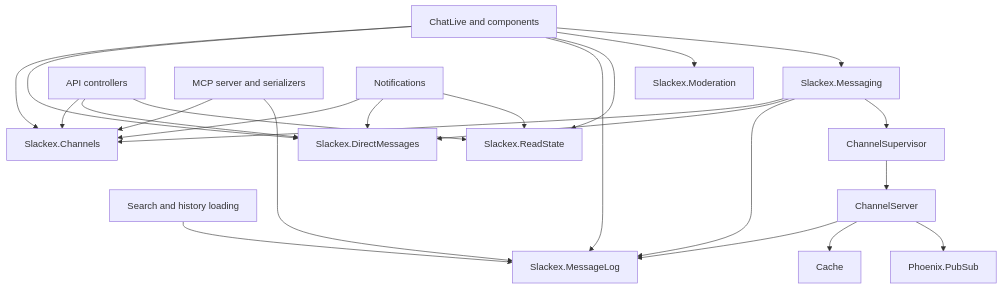
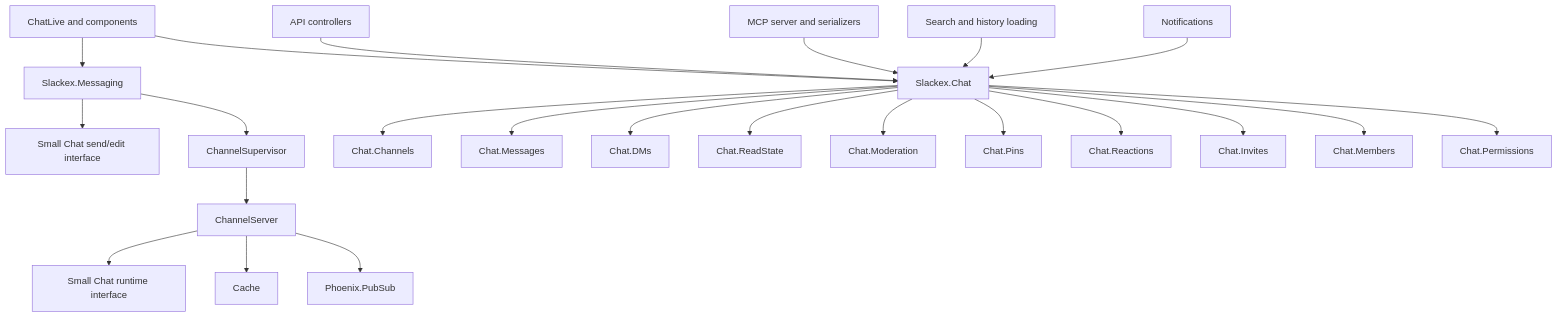
The second of 4 diagrams in docs/architecture/chat-domain-as-is-to-be.md (d-j-will/slackex), drawn with Mermaid before and after one commit. The commit also changed other lines of this file and 1 other file, not shown here.

First line of the commit message:
docs(architecture): chat to-be — deepen Slackex.Chat facade, not split it

````diff
--- a/docs/architecture/chat-domain-as-is-to-be.md
+++ b/docs/architecture/chat-domain-as-is-to-be.md
@@ -165,31 +169,29 @@
 ```mermaid
 flowchart TD
-  LV[ChatLive and components] --> Channels[Slackex.Channels]
-  LV --> DirectMessages[Slackex.DirectMessages]
-  LV --> MessageLog[Slackex.MessageLog]
-  LV --> ReadState[Slackex.ReadState]
-  LV --> Moderation[Slackex.Moderation]
+  LV[ChatLive and components] --> Chat[Slackex.Chat]
   LV --> Messaging[Slackex.Messaging]
 
-  API[API controllers] --> Channels
-  API --> DirectMessages
-  API --> ReadState
+  API[API controllers] --> Chat
+  MCP[MCP server and serializers] --> Chat
+  Search[Search and history loading] --> Chat
+  Notifications[Notifications] --> Chat
 
-  MCP[MCP server and serializers] --> Channels
-  MCP --> MessageLog
-
-  Search[Search and history loading] --> MessageLog
-  Notifications[Notifications] --> Channels
-  Notifications --> DirectMessages
-  Notifications --> ReadState
-
-  Messaging --> Channels
-  Messaging --> DirectMessages
-  Messaging --> MessageLog
+  Messaging --> ChatSend[Small Chat send/edit interface]
   Messaging --> ChannelSupervisor[ChannelSupervisor]
   ChannelSupervisor --> ChannelServer[ChannelServer]
 
-  ChannelServer --> MessageLog
+  ChannelServer --> ChatRuntime[Small Chat runtime interface]
   ChannelServer --> Cache[Cache]
   ChannelServer --> PubSub[Phoenix.PubSub]
+
+  Chat --> Channels[Chat.Channels]
+  Chat --> Messages[Chat.Messages]
+  Chat --> DMs[Chat.DMs]
+  Chat --> ReadState[Chat.ReadState]
+  Chat --> Moderation[Chat.Moderation]
+  Chat --> Pins[Chat.Pins]
+  Chat --> Reactions[Chat.Reactions]
+  Chat --> Invites[Chat.Invites]
+  Chat --> Members[Chat.Members]
+  Chat --> Permissions[Chat.Permissions]
 ```
````
